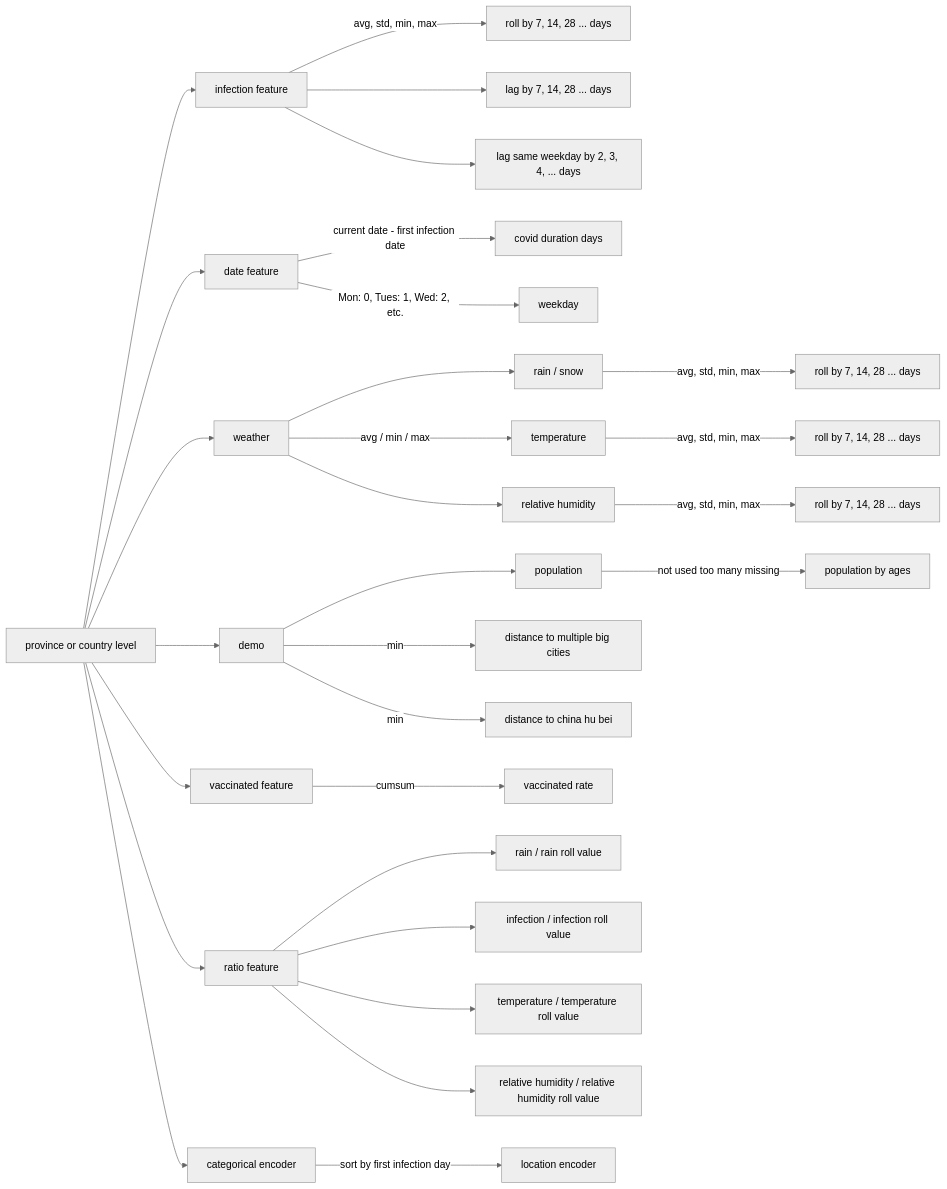
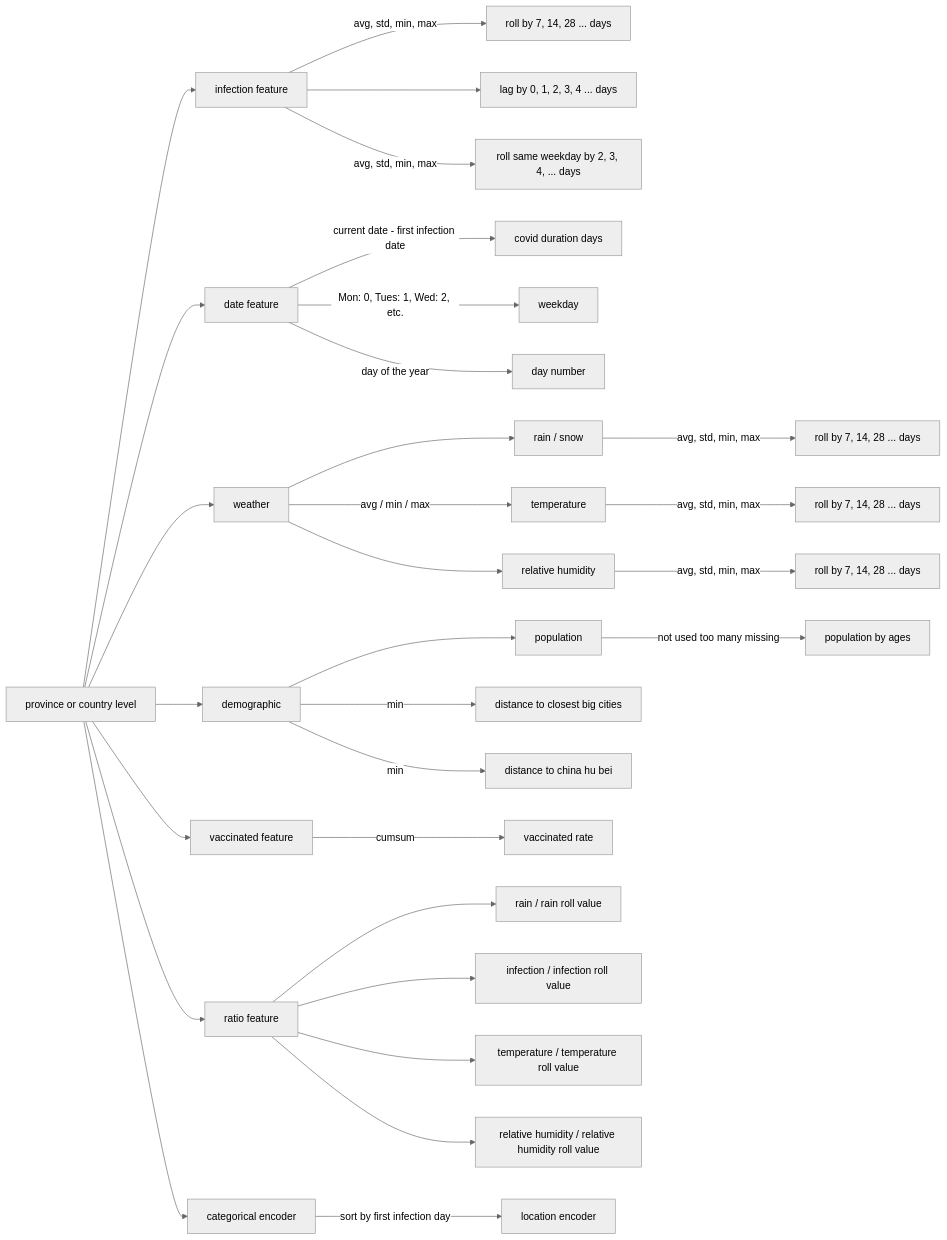
The fourth of 5 diagrams in README.md (ZhenyiLin/pred-covid), drawn with Mermaid (neutral theme) before and after one commit. The commit also changed other lines of this file, not shown here.

````diff
--- a/README.md
+++ b/README.md
@@ -125,21 +125,22 @@
 ```mermaid
 graph LR
     0[province or country level] -->1[infection feature]
     1 --avg, std, min, max --> 1a[roll by 7, 14, 28 ... days] 
-    1 --> 1c[lag by 7, 14, 28 ... days]
-    1 --> 1d[lag same weekday by 2, 3, 4, ... days]
+    1 --> 1c[lag by 0, 1, 2, 3, 4 ... days]
+    1 --avg, std, min, max --> 1d[roll same weekday by 2, 3, 4, ... days]
     0 -->2[date feature] -- current date - first infection date --> 2a[covid duration days] 
     2 --"Mon: 0, Tues: 1, Wed: 2, etc."--> 2b[weekday]
+    2 --"day of the year" --> 2c[day number]
     0 -->3[weather] --> 3a[rain / snow] --avg, std, min, max --> 2aa[roll by 7, 14, 28 ... days]
     3 -- avg / min / max --> 3b[temperature] --avg, std, min, max --> 3bb[roll by 7, 14, 28 ... days]
     3 --> 3c[relative humidity] --avg, std, min, max --> 3cc[roll by 7, 14, 28 ... days]
-    0 --> 4[demo] --> 4a[population] -- not used too many missing --> 4aa[population by ages]
-    4 --min--> 4b[distance to multiple big cities]
+    0 --> 4[demographic] --> 4a[population] -- not used too many missing --> 4aa[population by ages]
+    4 --min--> 4b[distance to closest big cities]
     4 --min--> 4c[distance to china hu bei]
     0 --> 5[vaccinated feature] -- cumsum --> 5a[vaccinated rate]
     0 --> 6[ratio feature] --> 6a[rain / rain roll value]
     6 --> 6b[infection / infection roll value]
     6 --> 6c[temperature / temperature roll value]
     6 --> 6d[relative humidity / relative humidity roll value]
     0 --> 7[categorical encoder] -- sort by first infection day --> 7a[location encoder]
 ```
````
